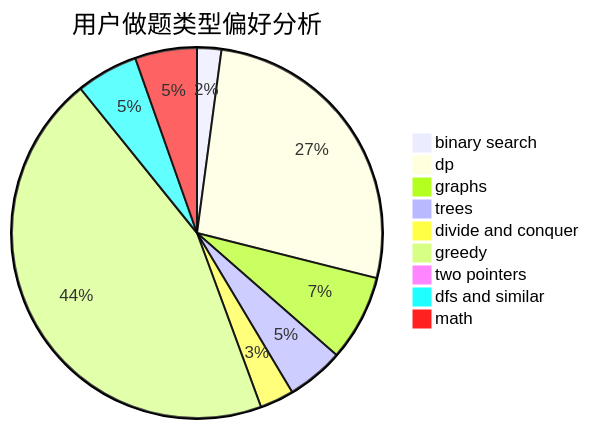
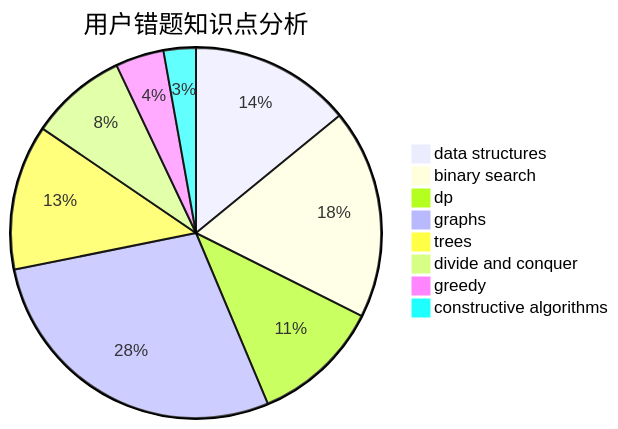
Before and after one commit to sherpahu/cfrs.github.io: the third of 3 diagrams in docs/user/u527.md, drawn with Mermaid. The commit also changed other lines of this file and 2775 other files, not shown here.

````diff
--- a/docs/user/u527.md
+++ b/docs/user/u527.md
@@ -23,12 +36,11 @@
 ```mermaid
-pie title 用户做题类型偏好分析
-    "binary search" :  20
-    "dp" :  253
-    "graphs" :  71
-    "trees" :  47
-    "divide and conquer" :  28
-    "greedy" :  423
-    "two pointers" :  8
-    "dfs and similar" :  51
-    "math" :  51
+pie title 用户错题知识点分析
+    "data structures" :  10
+    "binary search" :  13
+    "dp" :  8
+    "graphs" :  20
+    "trees" :  9
+    "divide and conquer" :  6
+    "greedy" :  3
+    "constructive algorithms" :  2
 ```
````
